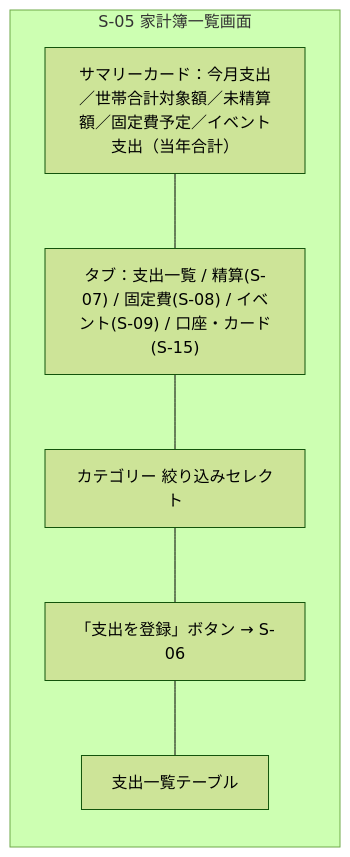
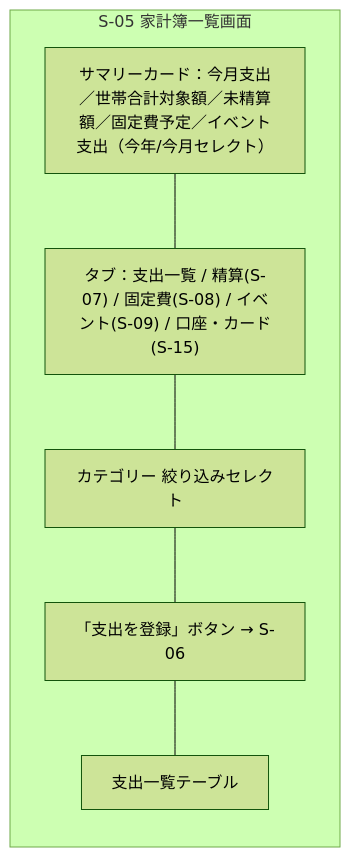
The fifth of 17 diagrams in docs/details/wireframes.md (yamamotonaoki3/HomeLog), drawn with Mermaid (forest theme) before and after one commit. The commit also changed other lines of this file and 1 other file, not shown here.

````diff
--- a/docs/details/wireframes.md
+++ b/docs/details/wireframes.md
@@ -210,12 +210,12 @@
 ```mermaid
 flowchart TD
     subgraph Screen["S-05 家計簿一覧画面"]
         direction TB
-        Summary["サマリーカード：今月支出／世帯合計対象額／未精算額／固定費予定／イベント支出（当年合計）"]
+        Summary["サマリーカード：今月支出／世帯合計対象額／未精算額／固定費予定／イベント支出（今年/今月セレクト）"]
         Tabs["タブ：支出一覧 / 精算(S-07) / 固定費(S-08) / イベント(S-09) / 口座・カード(S-15)"]
         Filter["カテゴリー 絞り込みセレクト"]
         AddBtn["「支出を登録」ボタン → S-06"]
         List["支出一覧テーブル"]
     end
     Summary --- Tabs --- Filter --- AddBtn --- List
 ```
````
